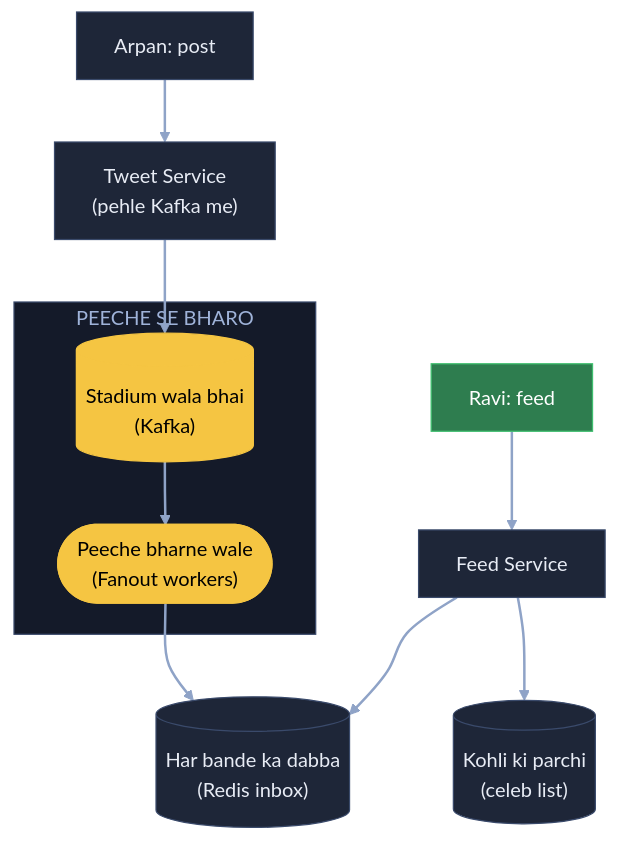
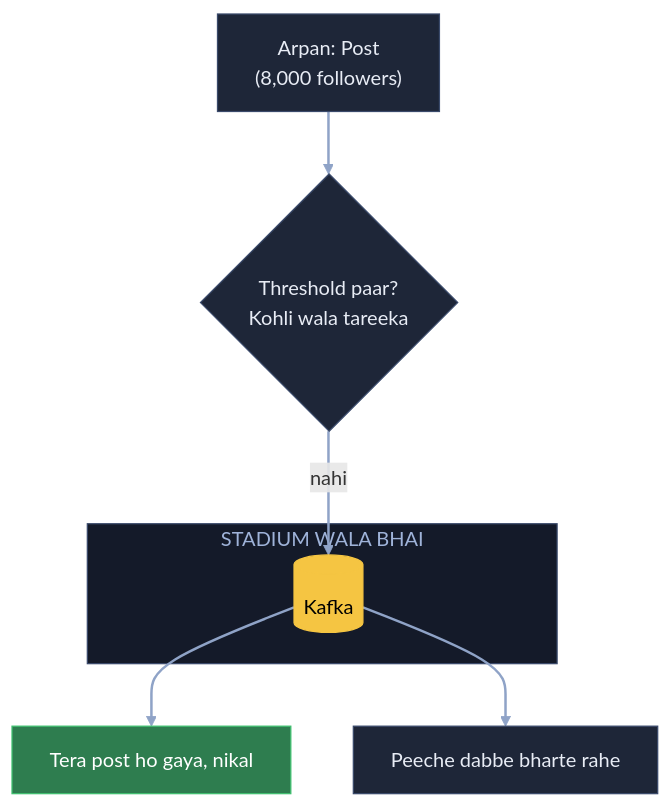
Before and after one commit to ArpanMaheshwari144/Prep: the fourth of 15 diagrams in 04_HLD/SYSTEM_DESIGNS/03_twitter_feed/03_twitter_feed.md, drawn with Mermaid. The commit also changed other lines of this file, not shown here.

Commit message:
Twitter: 15 diagram hand notes ke shabdon se, K1 heading + K9 line notes jaisi

````diff
--- a/04_HLD/SYSTEM_DESIGNS/03_twitter_feed/03_twitter_feed.md
+++ b/04_HLD/SYSTEM_DESIGNS/03_twitter_feed/03_twitter_feed.md
@@ -134,26 +128,20 @@
 ```mermaid
 flowchart TB
-    A["Arpan: post"]:::card
-    TS["Tweet Service<br/>(pehle Kafka me)"]:::card
-    subgraph PB["PEECHE SE BHARO"]
-        K[("Stadium wala bhai<br/>(Kafka)")]:::pill
-        FW(["Peeche bharne wale<br/>(Fanout workers)"]):::pill
+    A["Arpan: Post<br/>(8,000 followers)"]:::card
+    T{"Threshold paar?<br/>Kohli wala tareeka"}:::card
+    subgraph SB["STADIUM WALA BHAI"]
+        K[("Kafka")]:::pill
     end
-    IN[("Har bande ka dabba<br/>(Redis inbox)")]:::card
-    FS["Feed Service"]:::card
-    P[("Kohli ki parchi<br/>(celeb list)")]:::card
-    R["Ravi: feed"]:::good
-    A --> TS
-    TS --> K
-    K --> FW
-    FW --> IN
-    R --> FS
-    FS --> IN
-    FS --> P
+    OK["Tera post ho gaya, nikal"]:::good
+    W["Peeche dabbe bharte rahe"]:::card
+    A --> T
+    T -- "nahi" --> K
+    K --> OK
+    K --> W
     linkStyle default stroke:#8fa3c7,stroke-width:2px
     classDef card fill:#1e2638,stroke:#3a4a6b,color:#e8ecf5
     classDef pill fill:#f5c542,stroke:#f5c542,color:#000
     classDef good fill:#2e7d4f,stroke:#3fbf6f,color:#fff
     classDef bad fill:#5c1f24,stroke:#e05561,color:#fff
-    style PB fill:#141a29,stroke:#3a4a6b,color:#9fb3d9
+    style SB fill:#141a29,stroke:#3a4a6b,color:#9fb3d9
 ```
````
